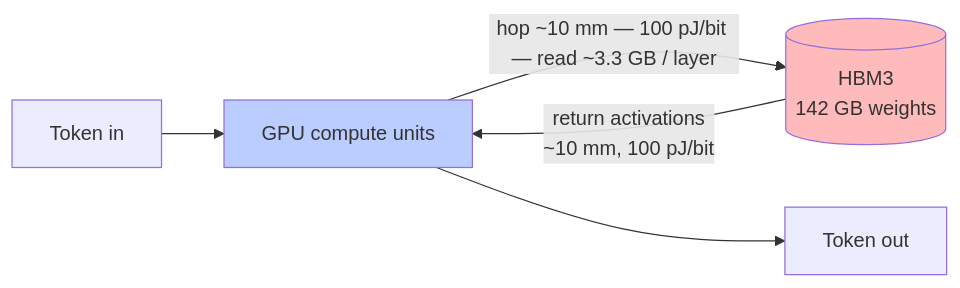
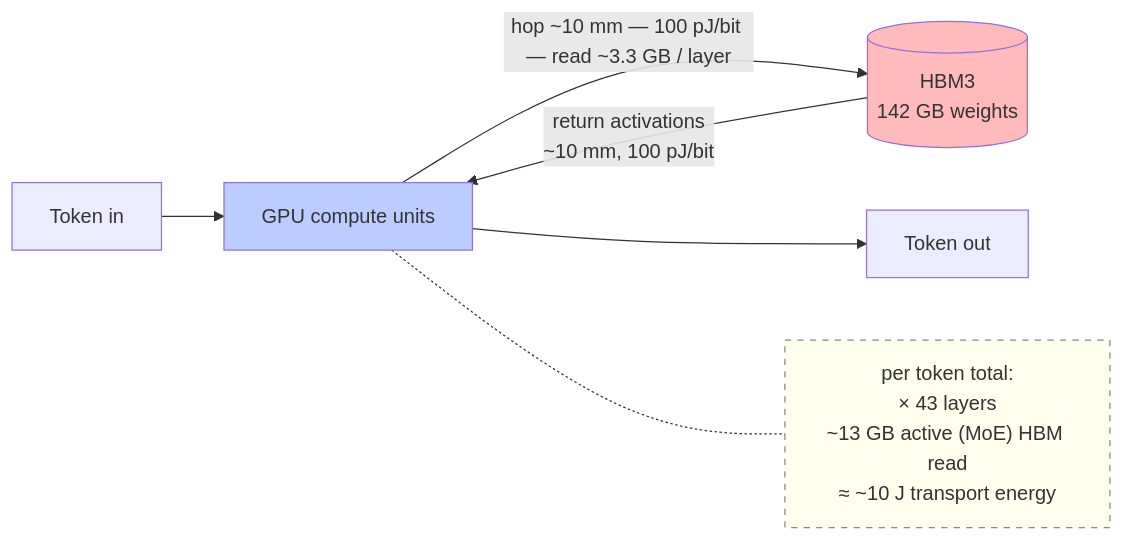
Before and after one commit to michaelhuo2030/millisecond-era: the first of 5 diagrams in README.md, drawn with Mermaid. The commit also changed other lines of this file and 1 other file, not shown here.

First line of the commit message:
mermaid: restore per-token summary as annotation node (no self-loop)

````diff
--- a/README.md
+++ b/README.md
@@ -67,9 +67,11 @@
 ```mermaid
 flowchart LR
     T1[Token in] --> CMP[GPU compute units]
     CMP -->|"hop ~10 mm — 100 pJ/bit — read ~3.3 GB / layer"| HBM[(HBM3<br/>142 GB weights)]
     HBM -->|"return activations<br/>~10 mm, 100 pJ/bit"| CMP
     CMP --> T2[Token out]
+    CMP -.- TOTAL["per token total:<br/>× 43 layers<br/>~13 GB active (MoE) HBM read<br/>≈ ~10 J transport energy"]
     style HBM fill:#fbb
     style CMP fill:#bcf
+    style TOTAL fill:#ffe,stroke:#888,stroke-dasharray: 5 5
 ```
````
